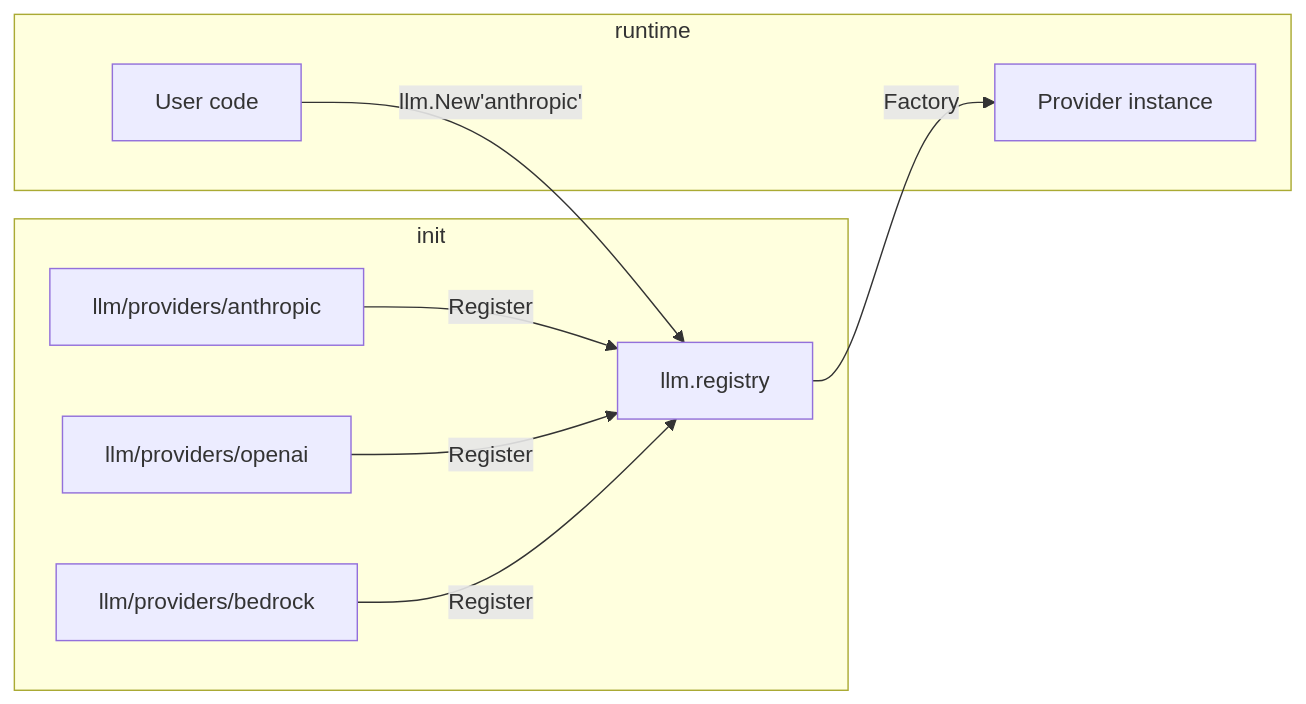
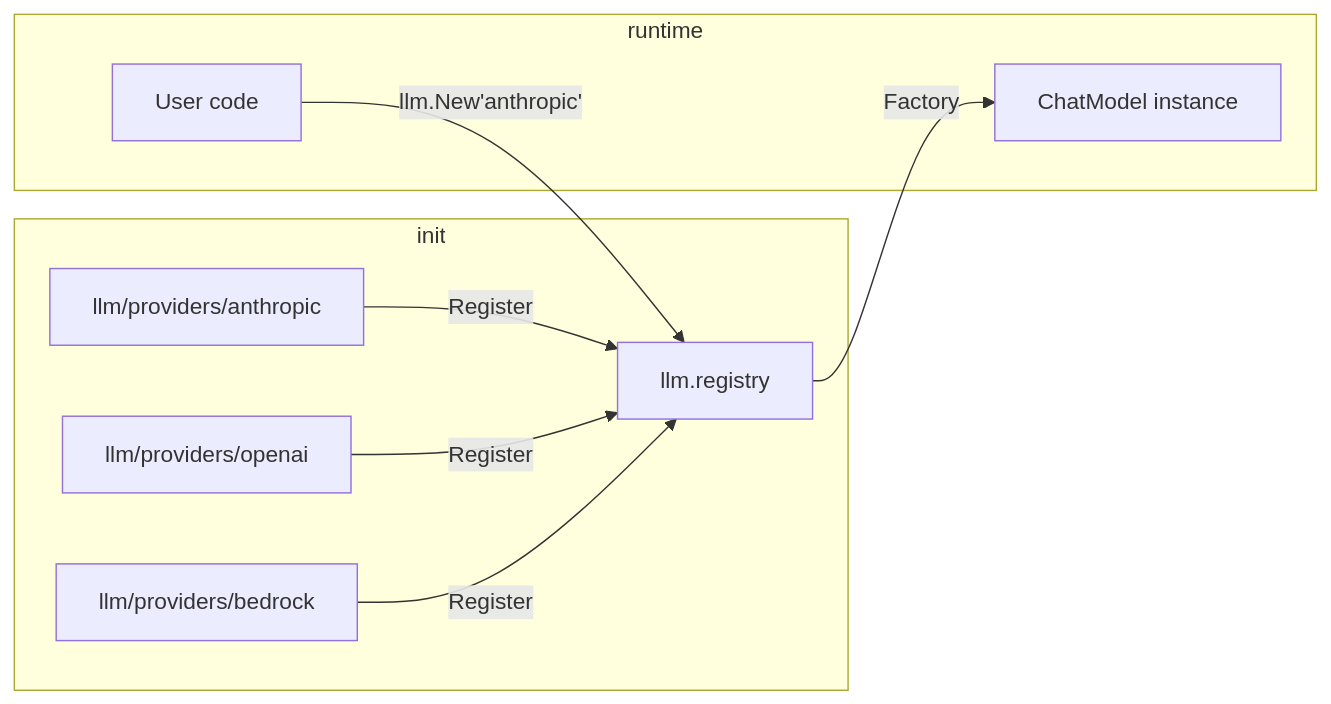
The second of 4 diagrams in docs/architecture/03-extensibility-patterns.md (lookatitude/beluga-ai), drawn with Mermaid before and after one commit. The commit also changed other lines of this file and 109 other files, not shown here.

````diff
--- a/docs/architecture/03-extensibility-patterns.md
+++ b/docs/architecture/03-extensibility-patterns.md
@@ -121,12 +121,12 @@
 ```mermaid
 graph LR
   subgraph init
     P1[llm/providers/anthropic] -->|Register| R[llm.registry]
     P2[llm/providers/openai] -->|Register| R
     P3[llm/providers/bedrock] -->|Register| R
   end
   subgraph runtime
     U[User code] -->|llm.New'anthropic'| R
-    R -->|Factory| I[Provider instance]
+    R -->|Factory| I[ChatModel instance]
   end
 ```
````
